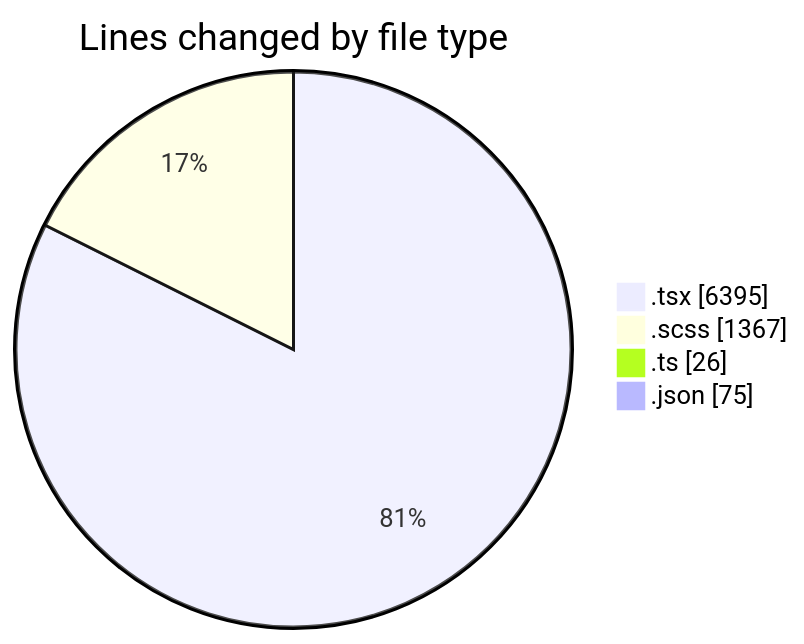
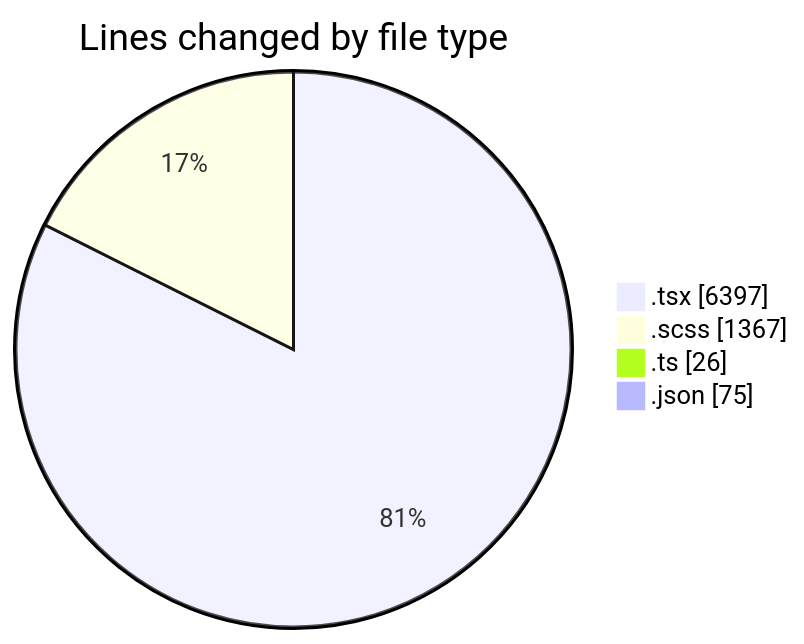
The first of 2 diagrams in 2025-04-09/cda/README.md (momahboobian/code-tracking), drawn with Mermaid before and after one commit. The commit also changed other lines of this file and 1 other file, not shown here.

````diff
--- a/2025-04-09/cda/README.md
+++ b/2025-04-09/cda/README.md
@@ -44,8 +44,8 @@
 ```mermaid
 pie showData
 title Lines changed by file type
-".tsx" : 6395
+".tsx" : 6397
 ".scss" : 1367
 ".ts" : 26
 ".json" : 75
 ```
````
